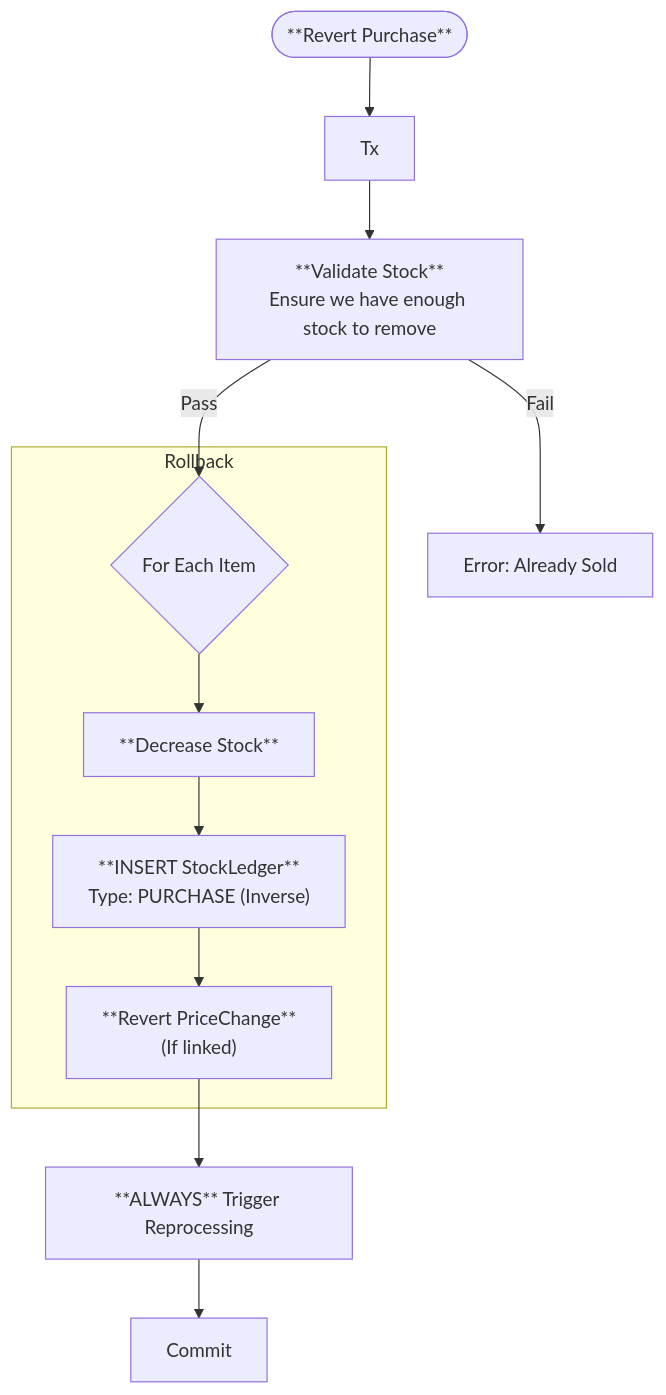
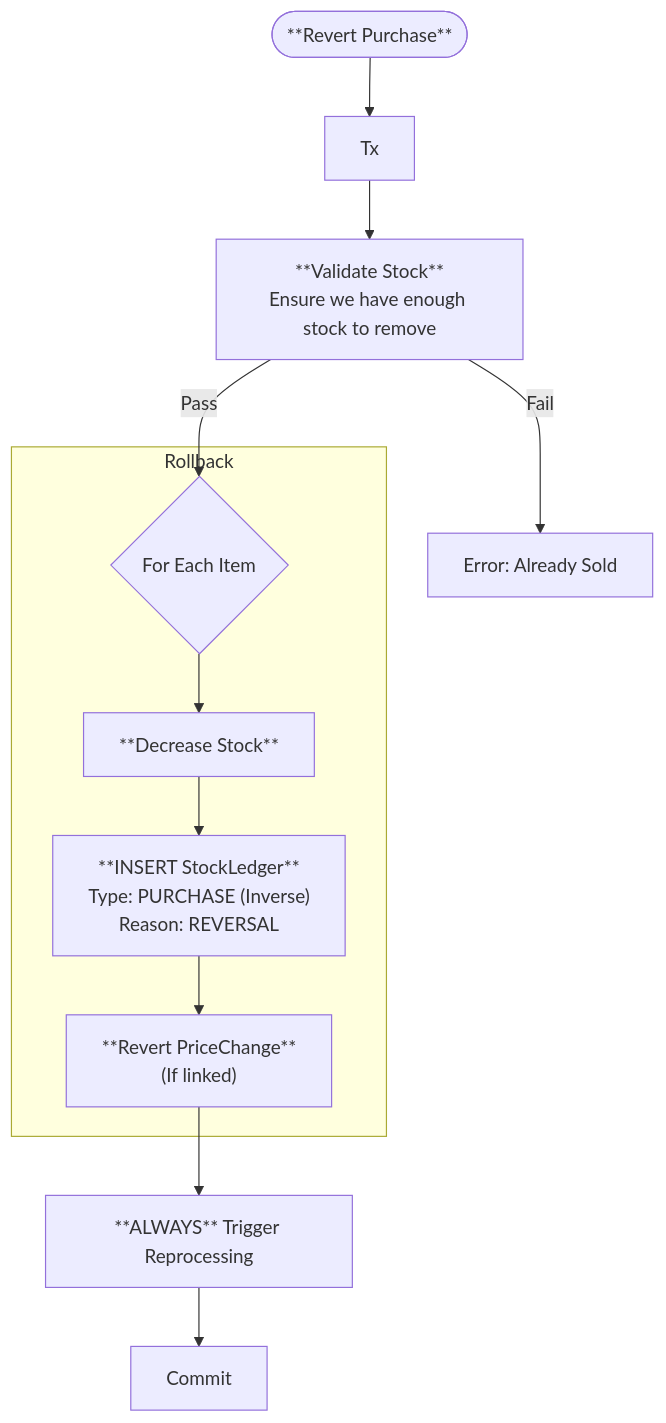
Before and after one commit to joldibaev/trade3-nestjs: the seventh of 8 diagrams in docs/services/document-purchase-methods.md, drawn with Mermaid. The commit also changed 22 other files, not shown here.

Commit message:
feat: stock ledger is append-only

````diff
--- a/docs/services/document-purchase-methods.md
+++ b/docs/services/document-purchase-methods.md
@@ -131,18 +131,18 @@
 ```mermaid
 flowchart TD
     Start(["**Revert Purchase**"]) --> Tx
     
     Tx --> Val["**Validate Stock**<br/>Ensure we have enough stock to remove"]
     Val -- Fail --> Err[Error: Already Sold]
     
     Val -- Pass --> Loop{For Each Item}
     
     subgraph "Rollback"
         Loop --> Decr[**Decrease Stock**]
-        Decr --> Ledger["**INSERT StockLedger**<br/>Type: PURCHASE (Inverse)"]
+        Decr --> Ledger["**INSERT StockLedger**<br/>Type: PURCHASE (Inverse)<br/>Reason: REVERSAL"]
         Ledger --> RevPC["**Revert PriceChange**<br/>(If linked)"]
     end
     
     RevPC --> Job[**ALWAYS** Trigger Reprocessing]
     Job --> Commit
 ```
````
